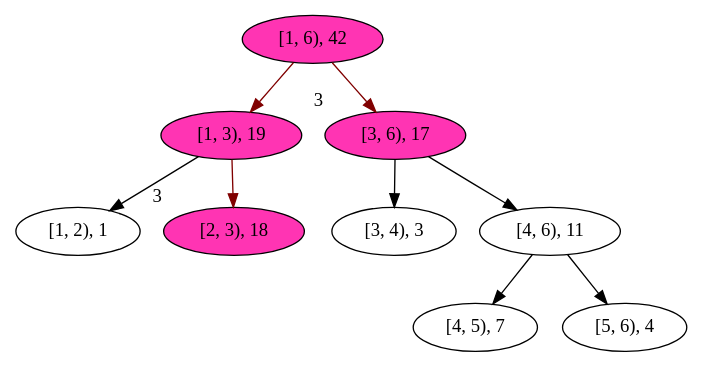
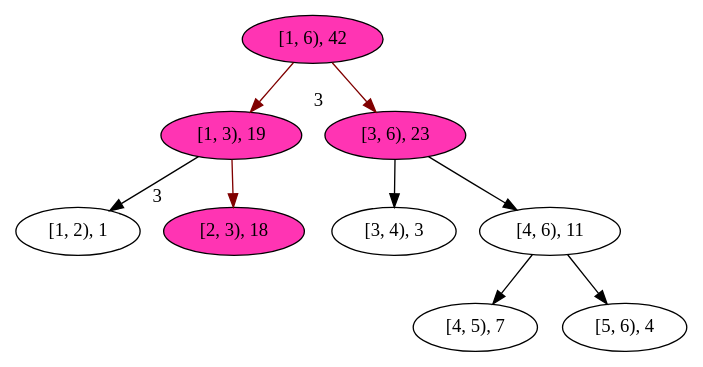
Before and after one commit to nckuacm/material: the sixth of 7 diagrams in 2020_Week_9_Data_Structures.md, drawn with Graphviz. The commit also changed other lines of this file, not shown here.

````diff
--- a/2020_Week_9_Data_Structures.md
+++ b/2020_Week_9_Data_Structures.md
@@ -340,26 +369,26 @@
 ```graphviz
 digraph {
 edge[color=maroon]
   1 -> 2;
   1 -> 3;
 edge[color=black]
   2 -> 4;
 edge[color=maroon]
   2 -> 5;
 edge[color=black]
   3 -> 6;
   3 -> 7;
   7 -> 8;
   7 -> 9;
   
   1[label="[1, 6), 42", style="filled", fillcolor=maroon1]
   2[label="[1, 3), 19", style="filled", fillcolor=maroon1]
-  3[label="[3, 6), 17", xlabel="3", style="filled", fillcolor=maroon1]
+  3[label="[3, 6), 23", xlabel="3", style="filled", fillcolor=maroon1]
   4[label="[1, 2), 1"]
   5[label="[2, 3), 18", xlabel="3", style="filled", fillcolor=maroon1]
   6[label="[3, 4), 3"]
   7[label="[4, 6), 11"]
   8[label="[4, 5), 7"]
   9[label="[5, 6), 4"]
 }
 ```
````
